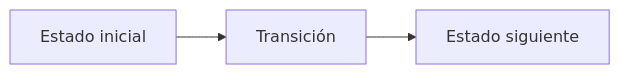
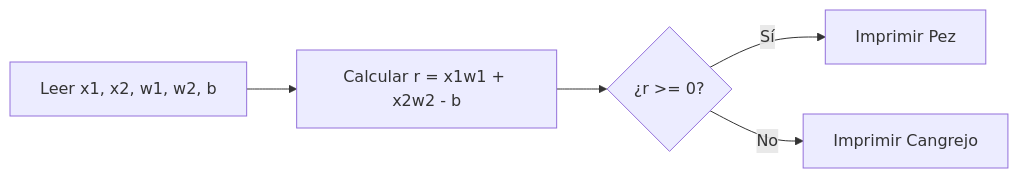
One commit to CPC-UAEH/Editoriales changed the diagram in 2026/Concurso_XPOCET/problemas/e_zacarias_garcia.md. Above: the diagram before and after it, drawn with Mermaid. The commit also changed other lines of this file and 4 other files, not shown here.

````diff
--- a/2026/Concurso_XPOCET/problemas/e_zacarias_garcia.md
+++ b/2026/Concurso_XPOCET/problemas/e_zacarias_garcia.md
@@ -85,5 +160,7 @@
 ```mermaid
 flowchart LR
-    A[Estado inicial] --> B[Transición]
-    B --> C[Estado siguiente]
+    A[Leer x1, x2, w1, w2, b] --> B[Calcular r = x1w1 + x2w2 - b]
+    B --> C{¿r >= 0?}
+    C -->|Sí| D[Imprimir Pez]
+    C -->|No| E[Imprimir Cangrejo]
 ```
````
